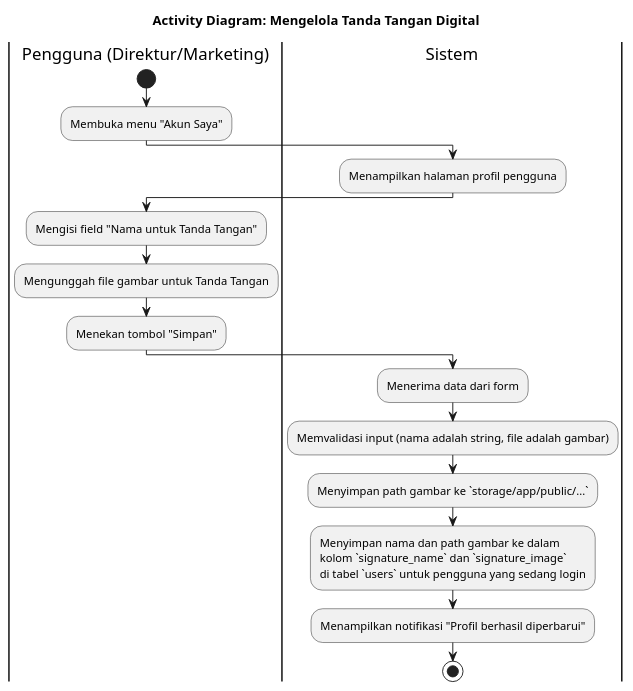
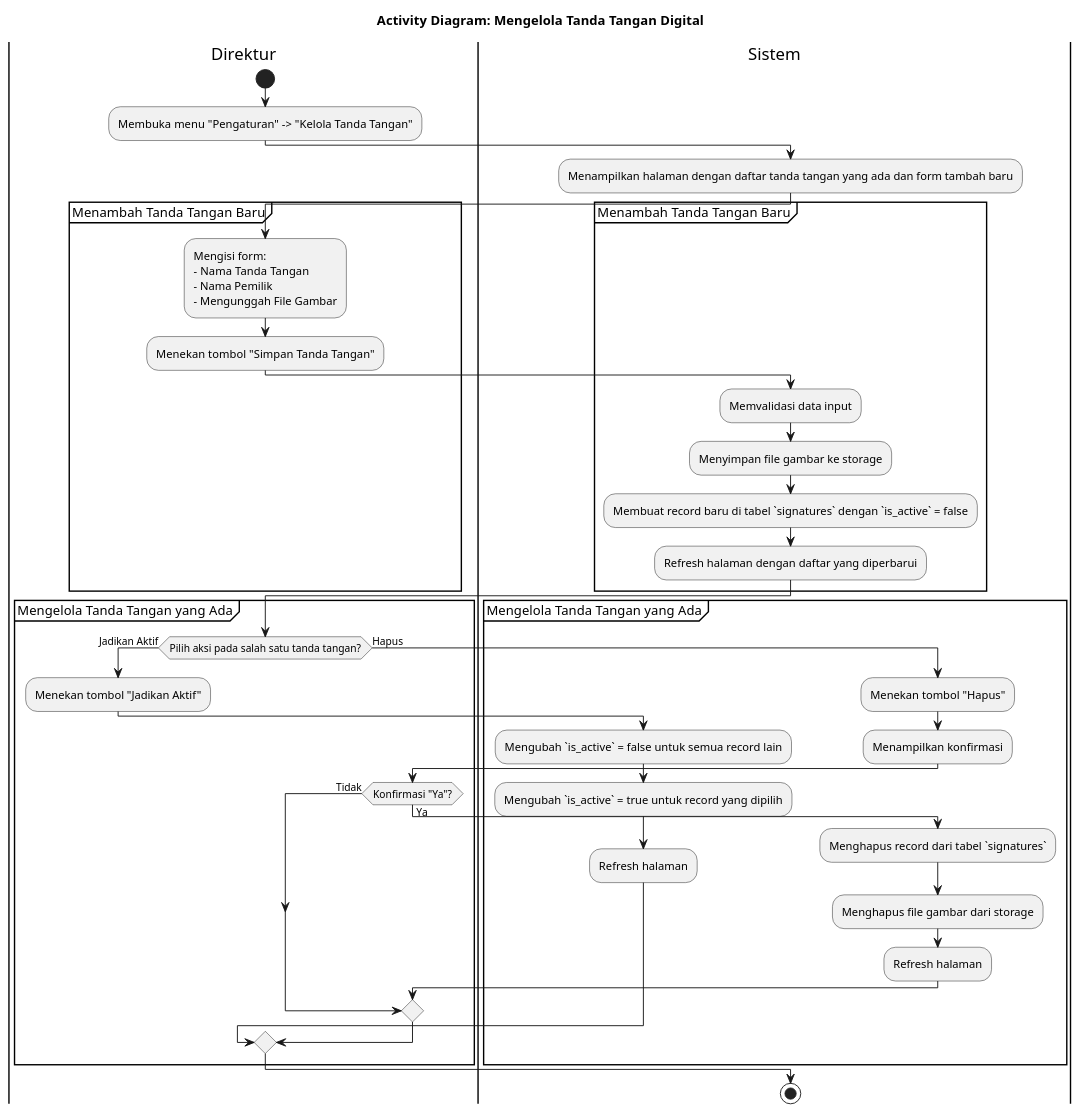
The diagram in docs/activity_kelola_tanda_tangan.puml (quenzvezda/laravel-crm), drawn with PlantUML before and after one commit. The commit also changed 1 other file, not shown here.

Commit message:
docs: update signature diagram and report

```diff
--- a/docs/activity_kelola_tanda_tangan.puml
+++ b/docs/activity_kelola_tanda_tangan.puml
@@ -1,24 +1,53 @@
 @startuml
 title Activity Diagram: Mengelola Tanda Tangan Digital
 
-|Pengguna (Direktur/Marketing)|
+|Direktur|
 start
-:Membuka menu "Akun Saya";
+:Membuka menu "Pengaturan" -> "Kelola Tanda Tangan";
 
 |Sistem|
-:Menampilkan halaman profil pengguna;
+:Menampilkan halaman dengan daftar tanda tangan yang ada dan form tambah baru;
 
-|Pengguna (Direktur/Marketing)|
-:Mengisi field "Nama untuk Tanda Tangan";
-:Mengunggah file gambar untuk Tanda Tangan;
-:Menekan tombol "Simpan";
+|Direktur|
+partition "Menambah Tanda Tangan Baru" {
+    :Mengisi form:\n- Nama Tanda Tangan\n- Nama Pemilik\n- Mengunggah File Gambar;
+    :Menekan tombol "Simpan Tanda Tangan";
 
-|Sistem|
-:Menerima data dari form;
-:Memvalidasi input (nama adalah string, file adalah gambar);
-:Menyimpan path gambar ke `storage/app/public/...`;
-:Menyimpan nama dan path gambar ke dalam\nkolom `signature_name` dan `signature_image`\ndi tabel `users` untuk pengguna yang sedang login;
-:Menampilkan notifikasi "Profil berhasil diperbarui";
+    |Sistem|
+    :Memvalidasi data input;
+    :Menyimpan file gambar ke storage;
+    :Membuat record baru di tabel `signatures` dengan `is_active` = false;
+    :Refresh halaman dengan daftar yang diperbarui;
+}
+
+|Direktur|
+partition "Mengelola Tanda Tangan yang Ada" {
+    if (Pilih aksi pada salah satu tanda tangan?) then (Jadikan Aktif)
+        :Menekan tombol "Jadikan Aktif";
+
+        |Sistem|
+        :Mengubah `is_active` = false untuk semua record lain;
+        :Mengubah `is_active` = true untuk record yang dipilih;
+        :Refresh halaman;
+
+    else (Hapus)
+        :Menekan tombol "Hapus";
+
+        |Sistem|
+        :Menampilkan konfirmasi;
+
+        |Direktur|
+        if (Konfirmasi "Ya"?) then (Ya)
+            |Sistem|
+            :Menghapus record dari tabel `signatures`;
+            :Menghapus file gambar dari storage;
+            :Refresh halaman;
+        else (Tidak)
+            'Aksi dibatalkan
+        endif
+    endif
+}
+
 stop
 
 @enduml
```
